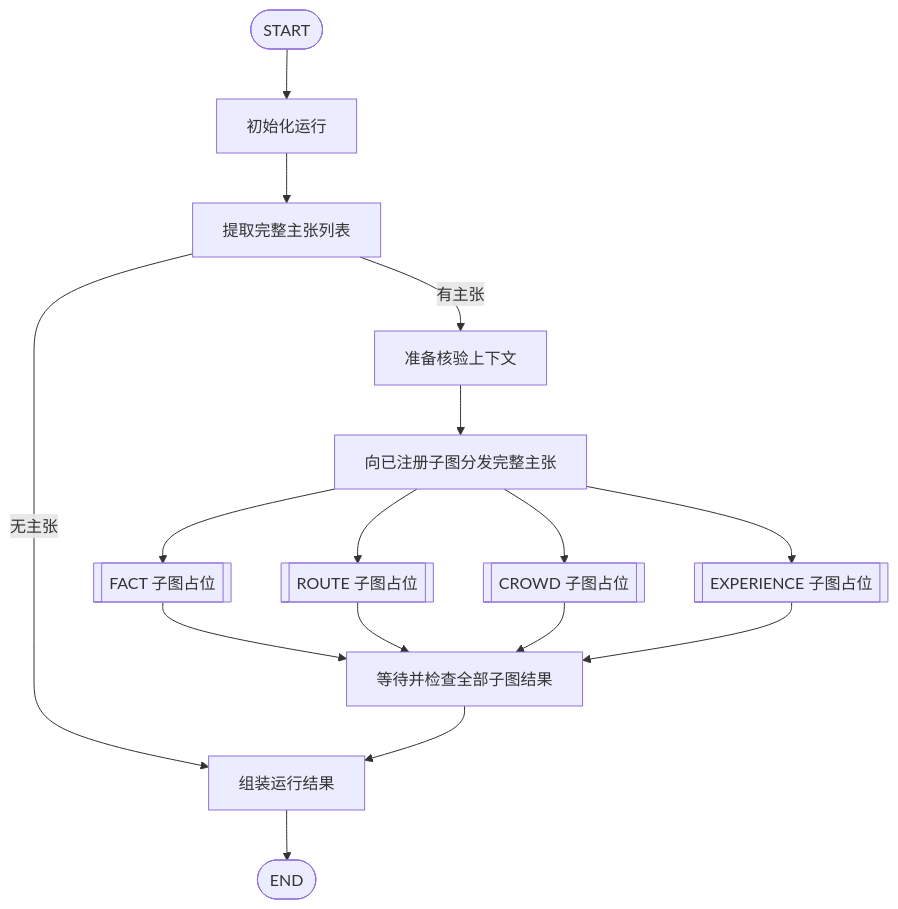
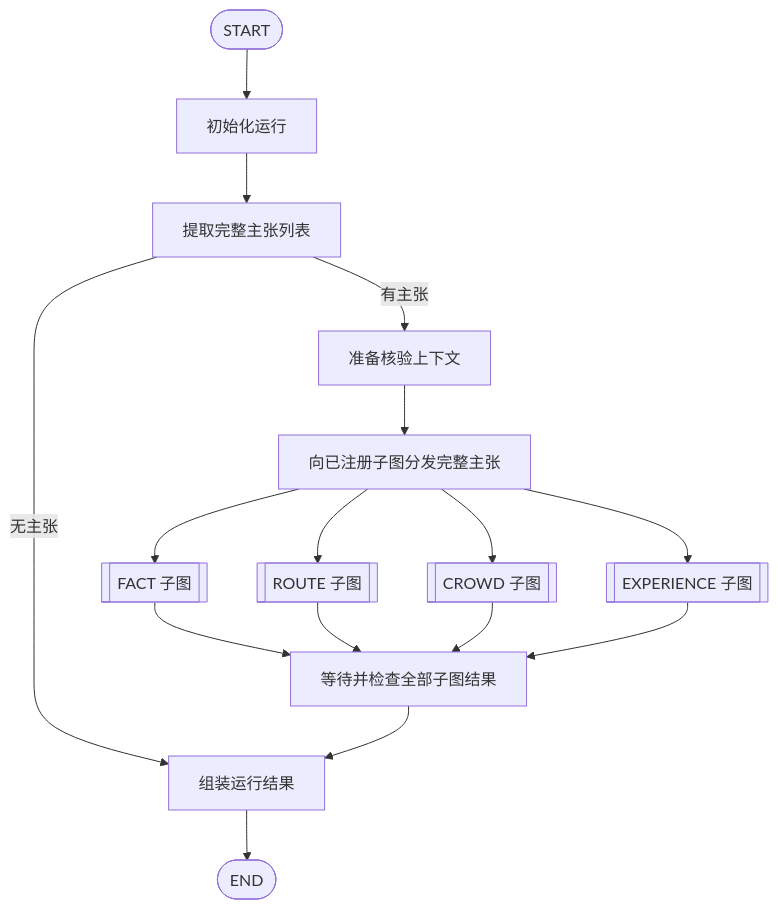
One commit to Catalyst259/Verify changed the diagram in docs/成果/主图设计.md. Above: the diagram before and after it, drawn with Mermaid. The commit also changed other lines of this file and 4 other files, not shown here.

````diff
--- a/docs/成果/主图设计.md
+++ b/docs/成果/主图设计.md
@@ -15,18 +15,18 @@
 ```mermaid
 flowchart TD
     S([START]) --> A[初始化运行]
     A --> B[提取完整主张列表]
     B -->|无主张| H[组装运行结果]
     B -->|有主张| C[准备核验上下文]
     C --> D[向已注册子图分发完整主张]
-    D --> F[[FACT 子图占位]]
-    D --> R[[ROUTE 子图占位]]
-    D --> W[[CROWD 子图占位]]
-    D --> E[[EXPERIENCE 子图占位]]
+    D --> F[[FACT 子图]]
+    D --> R[[ROUTE 子图]]
+    D --> W[[CROWD 子图]]
+    D --> E[[EXPERIENCE 子图]]
     F --> J[等待并检查全部子图结果]
     R --> J
     W --> J
     E --> J
     J --> H
     H --> Z([END])
 ```
````
